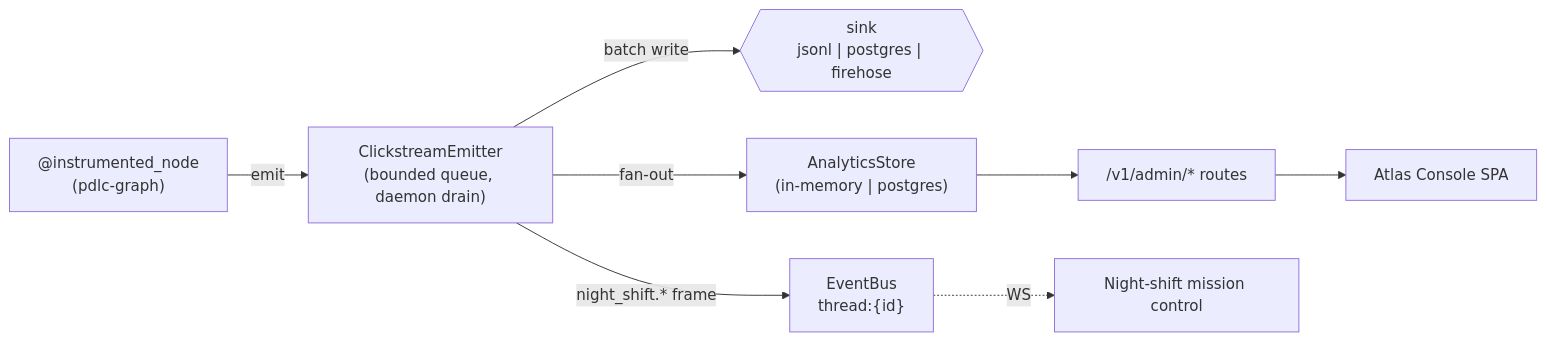
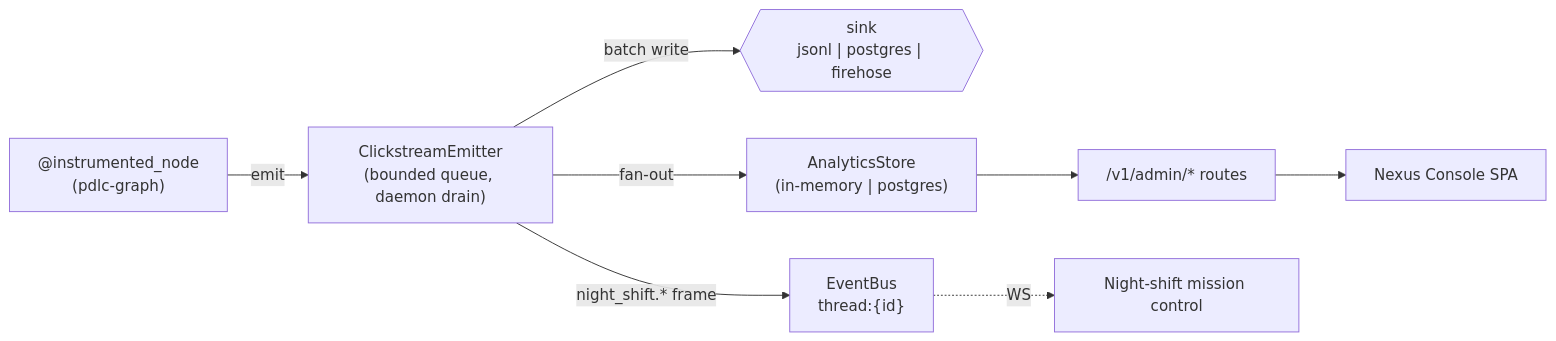
One commit to pdlc-os/pdlcflow changed the diagram in docs/wiki/14-monitoring.md. Above: the diagram before and after it, drawn with Mermaid. The commit also changed other lines of this file and 24 other files, not shown here.

First line of the commit message:
docs+ui: rename 'Atlas Console' → 'Nexus Console' (avoid clash with Atlas the agent)

````diff
--- a/docs/wiki/14-monitoring.md
+++ b/docs/wiki/14-monitoring.md
@@ -62,10 +62,10 @@
 ```mermaid
 flowchart LR
   node["@instrumented_node\n(pdlc-graph)"] -->|emit| em["ClickstreamEmitter\n(bounded queue, daemon drain)"]
   em -->|batch write| sink{{"sink\njsonl | postgres | firehose"}}
   em -->|fan-out| an["AnalyticsStore\n(in-memory | postgres)"]
   em -->|night_shift.* frame| bus["EventBus\nthread:{id}"]
   an --> routes["/v1/admin/* routes"]
-  routes --> console["Atlas Console SPA"]
+  routes --> console["Nexus Console SPA"]
   bus -. WS .-> mc["Night-shift mission control"]
 ```
````
